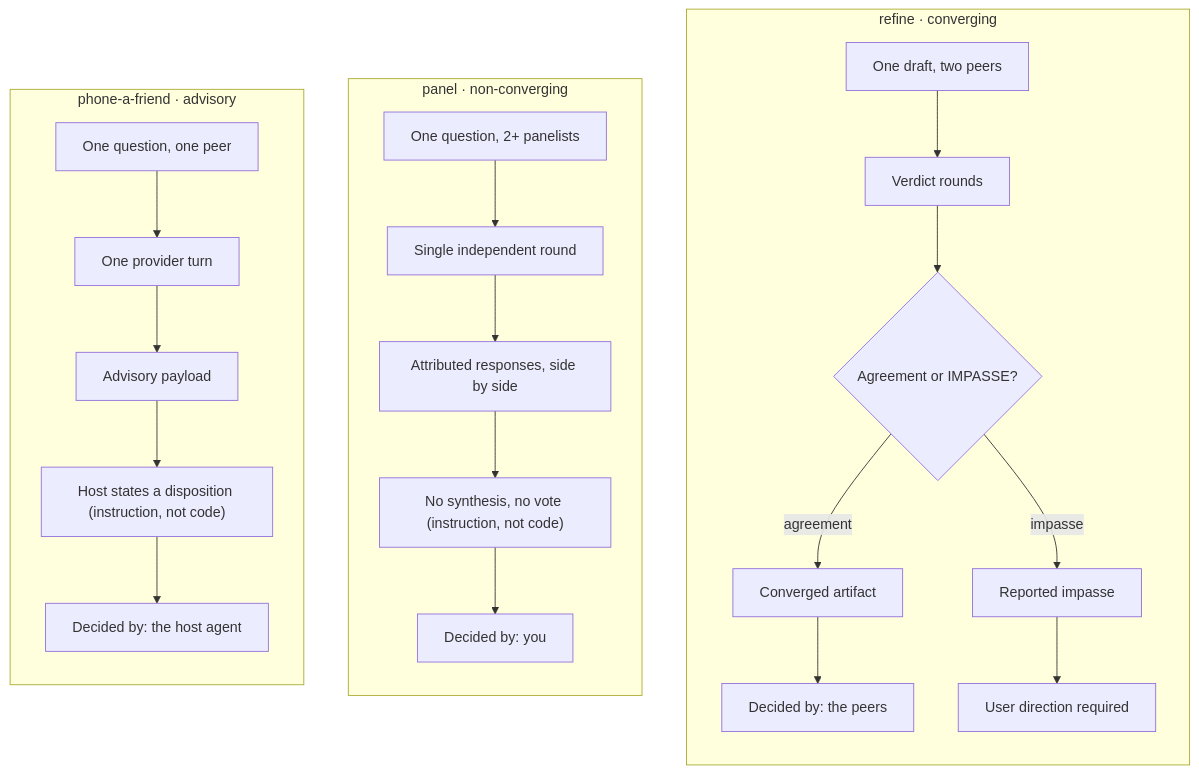
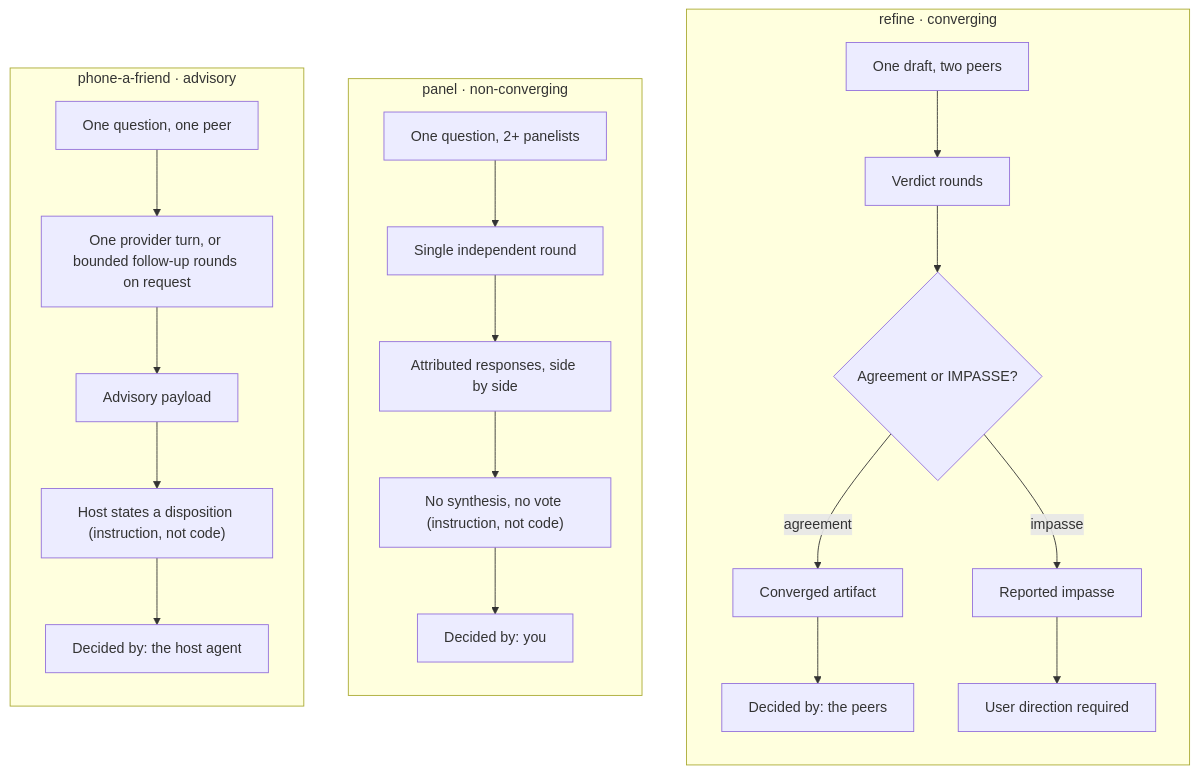
The second of 3 diagrams in documentation/docs/user-guide/consensus/index.md (tkstang/skills), drawn with Mermaid before and after one commit. The commit also changed other lines of this file and 62 other files, not shown here.

````diff
--- a/documentation/docs/user-guide/consensus/index.md
+++ b/documentation/docs/user-guide/consensus/index.md
@@ -140,36 +141,36 @@
 ```mermaid
 flowchart TB
   subgraph refine["refine · converging"]
     direction TB
     R0["One draft, two peers"]
     R1["Verdict rounds"]
     R2{"Agreement or IMPASSE?"}
     R3["Converged artifact"]
     R4["Reported impasse"]
     RW["Decided by: the peers"]
     RU["User direction required"]
     R0 --> R1 --> R2
     R2 -->|agreement| R3
     R2 -->|impasse| R4
     R3 --> RW
     R4 --> RU
   end
   subgraph panel["panel · non-converging"]
     direction TB
     N0["One question, 2+ panelists"]
     N1["Single independent round"]
     N2["Attributed responses, side by side"]
     N3["No synthesis, no vote (instruction, not code)"]
     NW["Decided by: you"]
     N0 --> N1 --> N2 --> N3 --> NW
   end
   subgraph phone["phone-a-friend · advisory"]
     direction TB
     F0["One question, one peer"]
-    F1["One provider turn"]
+    F1["One provider turn, or bounded follow-up rounds on request"]
     F2["Advisory payload"]
     F3["Host states a disposition (instruction, not code)"]
     FW["Decided by: the host agent"]
     F0 --> F1 --> F2 --> F3 --> FW
   end
 ```
````
